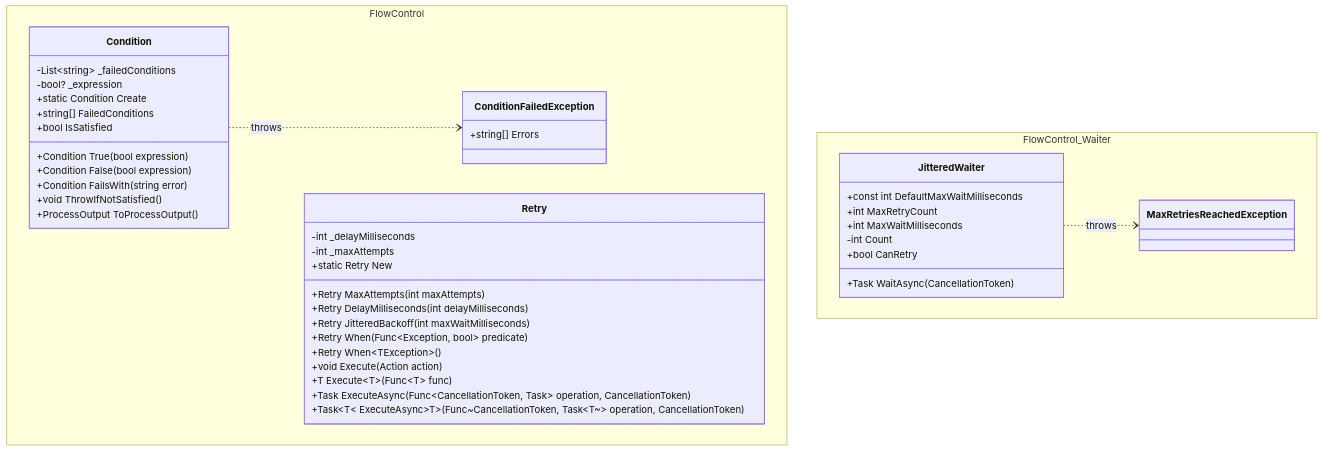
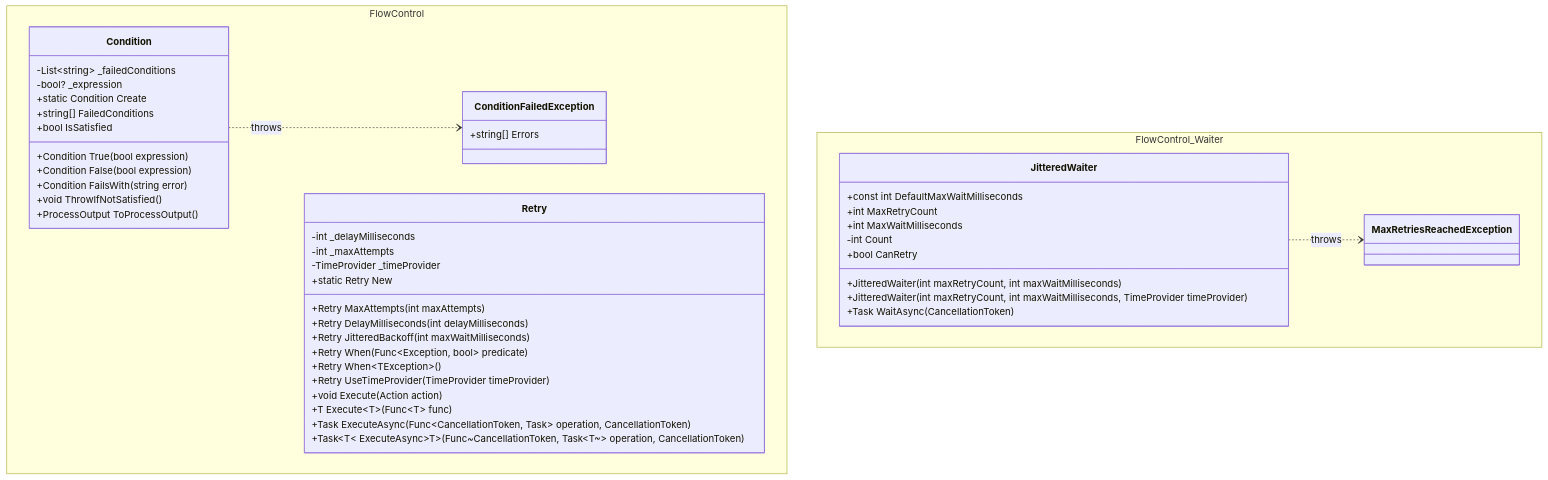
The diagram in docs/content/en/docs/flow-control.md (artur-rios/dotnet-util), drawn with Mermaid before and after one commit. The commit also changed other lines of this file and 5 other files, not shown here.

First line of the commit message:
feat: time Retry and JitteredWaiter by a clock

````diff
--- a/docs/content/en/docs/flow-control.md
+++ b/docs/content/en/docs/flow-control.md
@@ -18,47 +18,51 @@
 ```mermaid
 classDiagram
     namespace FlowControl {
         class Condition {
             -List~string~ _failedConditions
             -bool? _expression
             +static Condition Create
             +string[] FailedConditions
             +bool IsSatisfied
             +Condition True(bool expression)
             +Condition False(bool expression)
             +Condition FailsWith(string error)
             +void ThrowIfNotSatisfied()
             +ProcessOutput ToProcessOutput()
         }
         class ConditionFailedException {
             +string[] Errors
         }
         class Retry {
             -int _delayMilliseconds
             -int _maxAttempts
+            -TimeProvider _timeProvider
             +static Retry New
             +Retry MaxAttempts(int maxAttempts)
             +Retry DelayMilliseconds(int delayMilliseconds)
             +Retry JitteredBackoff(int maxWaitMilliseconds)
             +Retry When(Func~Exception, bool~ predicate)
             +Retry When~TException~()
+            +Retry UseTimeProvider(TimeProvider timeProvider)
             +void Execute(Action action)
             +T Execute~T~(Func~T~ func)
             +Task ExecuteAsync(Func~CancellationToken, Task~ operation, CancellationToken)
             +Task~T~ ExecuteAsync~T~(Func~CancellationToken, Task~T~~ operation, CancellationToken)
         }
     }
     namespace FlowControl_Waiter {
         class JitteredWaiter {
+            +JitteredWaiter(int maxRetryCount, int maxWaitMilliseconds)
+            +JitteredWaiter(int maxRetryCount, int maxWaitMilliseconds, TimeProvider timeProvider)
             +const int DefaultMaxWaitMilliseconds
             +int MaxRetryCount
             +int MaxWaitMilliseconds
             -int Count
             +bool CanRetry
             +Task WaitAsync(CancellationToken)
         }
         class MaxRetriesReachedException
     }
     Condition ..> ConditionFailedException : throws
     JitteredWaiter ..> MaxRetriesReachedException : throws
 ```
````
